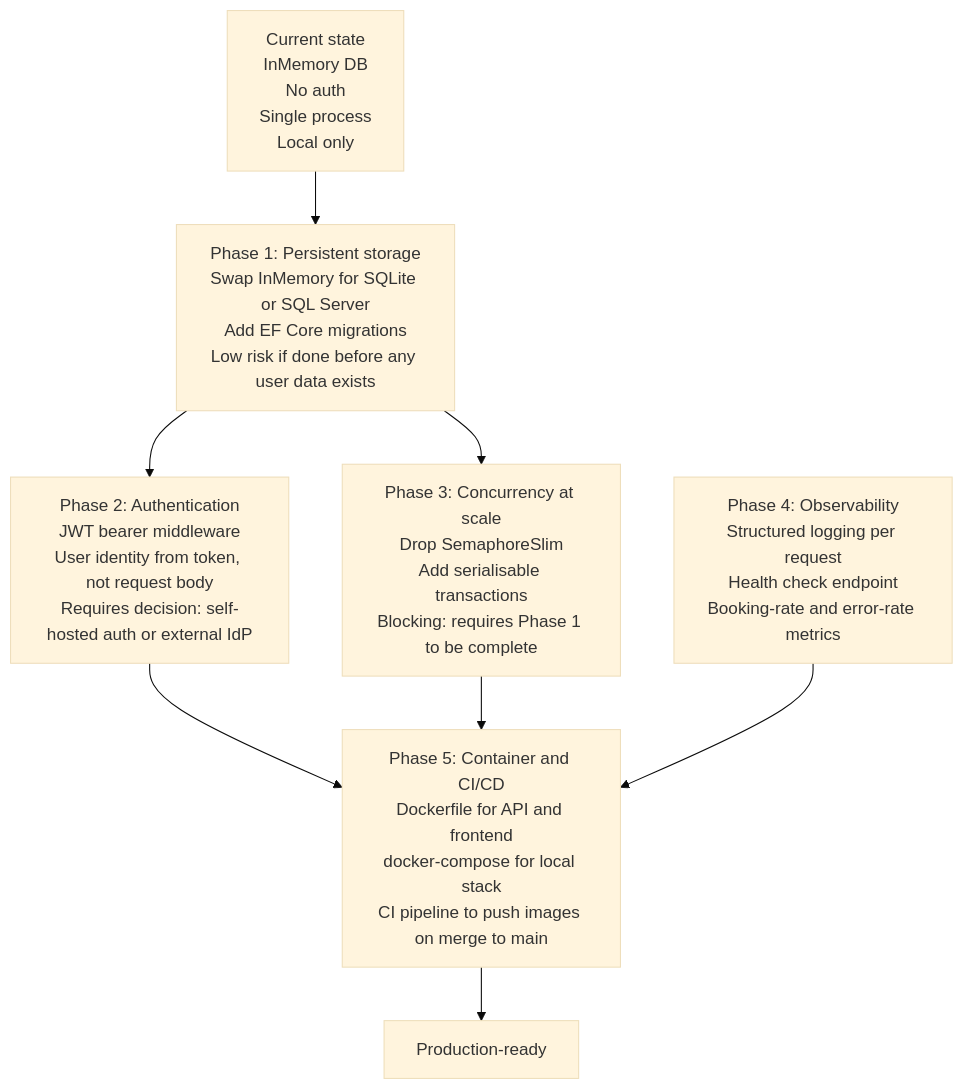
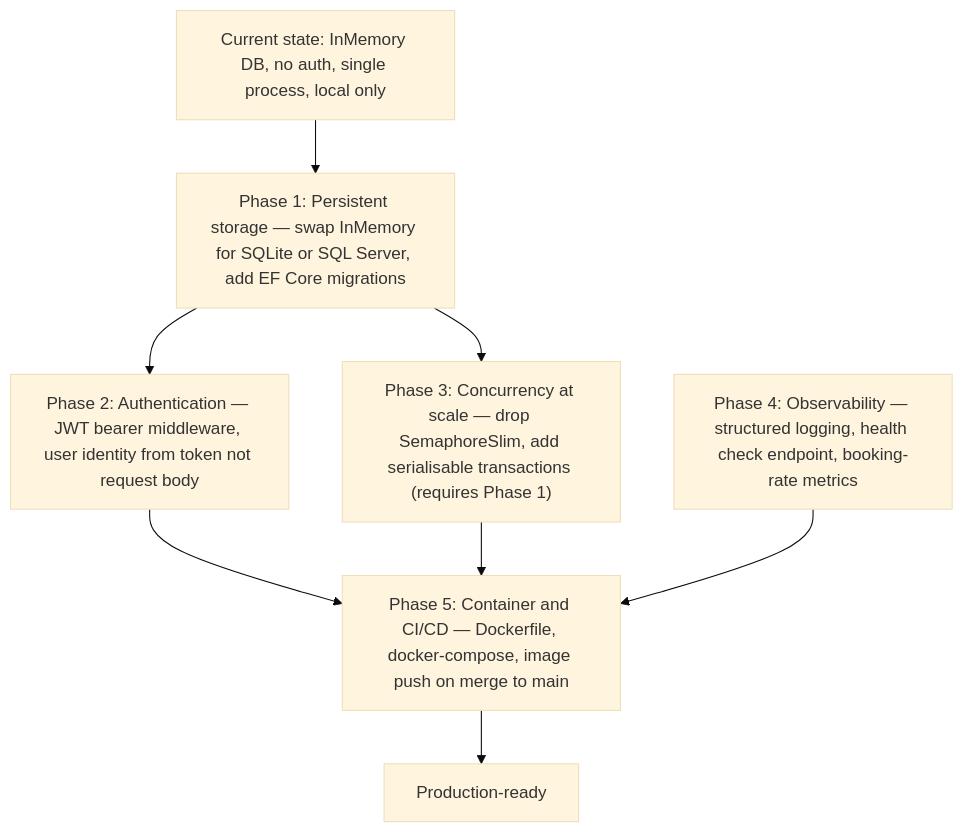
Before and after one commit to Amith-Ganta/room-reservation-system: diagram 14 of 14 in SUBMISSION_REPORT.md, drawn with Mermaid (base theme). The commit also changed other lines of this file and 1 other file, not shown here.

First line of the commit message:
fix: remove \n from all mermaid diagrams for GitHub rendering

````diff
--- a/SUBMISSION_REPORT.md
+++ b/SUBMISSION_REPORT.md
@@ -988,22 +992,22 @@
 ```mermaid
 flowchart TD
-    CURRENT["Current state\nInMemory DB\nNo auth\nSingle process\nLocal only"]
+    CURRENT["Current state: InMemory DB, no auth, single process, local only"]
 
-    P1["Phase 1: Persistent storage\nSwap InMemory for SQLite or SQL Server\nAdd EF Core migrations\nLow risk if done before any user data exists"]
+    P1["Phase 1: Persistent storage — swap InMemory for SQLite or SQL Server, add EF Core migrations"]
 
-    P2["Phase 2: Authentication\nJWT bearer middleware\nUser identity from token, not request body\nRequires decision: self-hosted auth or external IdP"]
+    P2["Phase 2: Authentication — JWT bearer middleware, user identity from token not request body"]
 
-    P3["Phase 3: Concurrency at scale\nDrop SemaphoreSlim\nAdd serialisable transactions\nBlocking: requires Phase 1 to be complete"]
+    P3["Phase 3: Concurrency at scale — drop SemaphoreSlim, add serialisable transactions (requires Phase 1)"]
 
-    P4["Phase 4: Observability\nStructured logging per request\nHealth check endpoint\nBooking-rate and error-rate metrics"]
+    P4["Phase 4: Observability — structured logging, health check endpoint, booking-rate metrics"]
 
-    P5["Phase 5: Container and CI/CD\nDockerfile for API and frontend\ndocker-compose for local stack\nCI pipeline to push images on merge to main"]
+    P5["Phase 5: Container and CI/CD — Dockerfile, docker-compose, image push on merge to main"]
 
     CURRENT --> P1
     P1 --> P2
     P1 --> P3
     P2 --> P5
     P3 --> P5
     P4 --> P5
     P5 --> PROD["Production-ready"]
 ```
````
